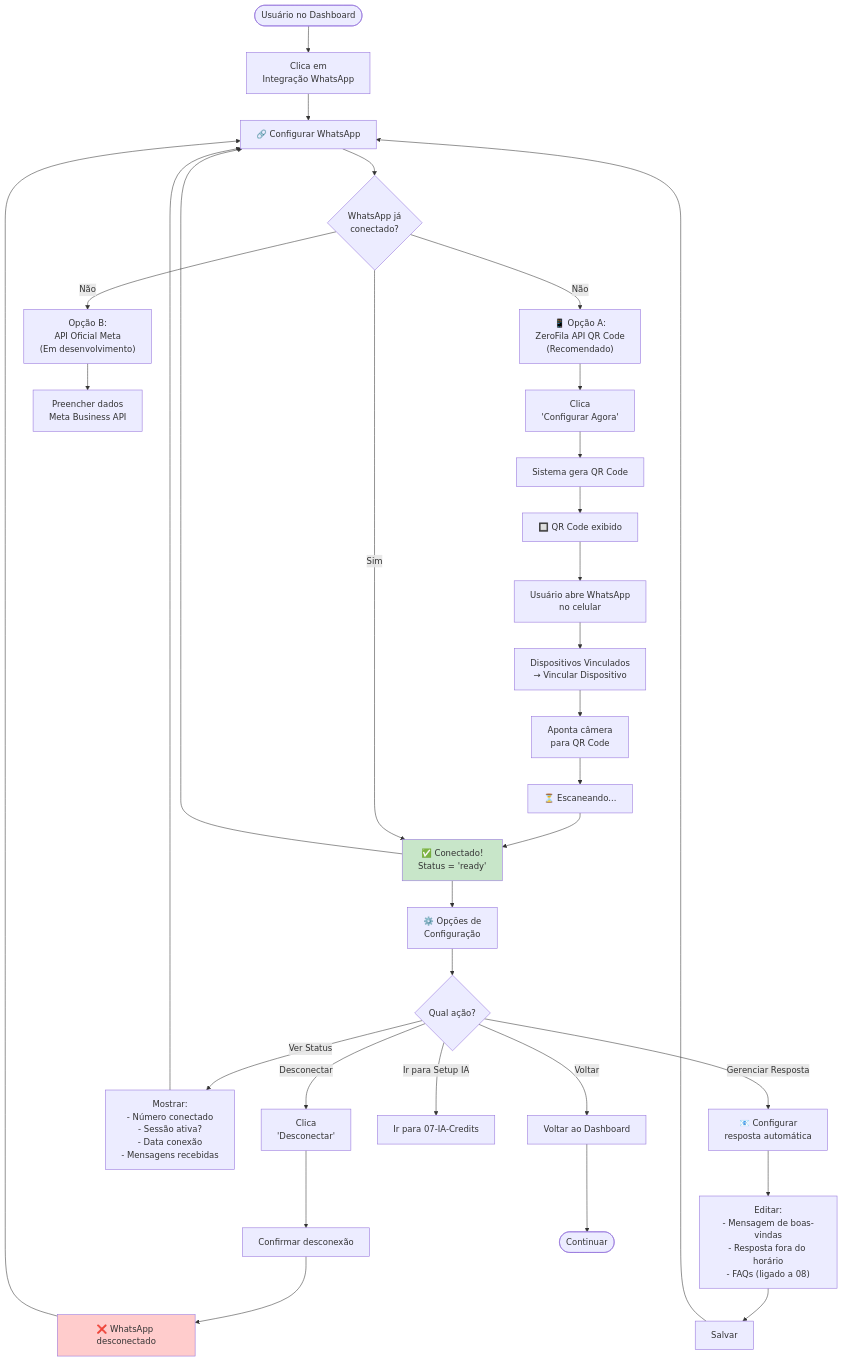
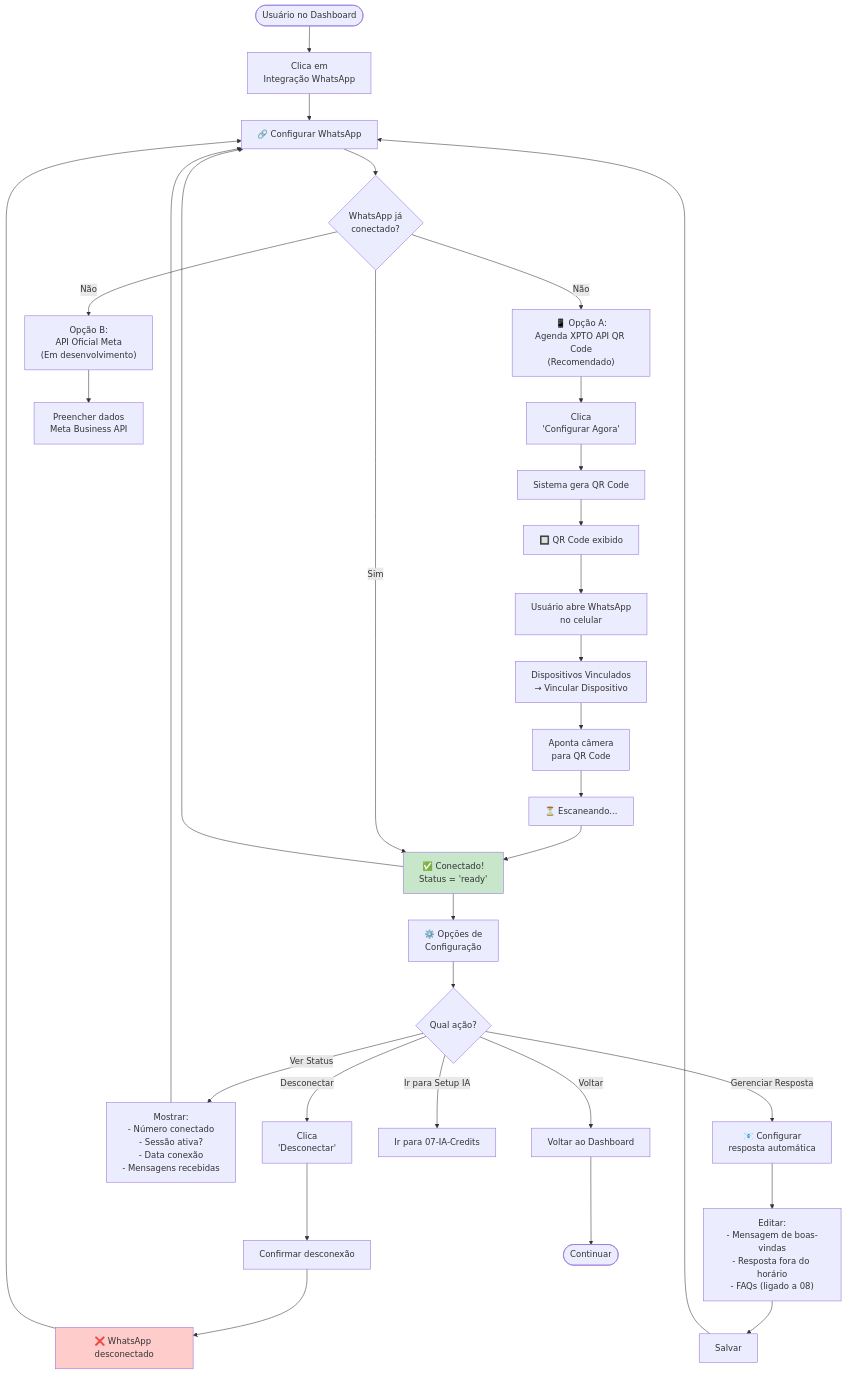
The diagram in docs/_roadmap/whatsapp-integration/diagrams/user-flow/flow.md (rspindola/agenda-xpto), drawn with Mermaid before and after one commit. The commit also changed other lines of this file and 60 other files, not shown here.

````diff
--- a/docs/_roadmap/whatsapp-integration/diagrams/user-flow/flow.md
+++ b/docs/_roadmap/whatsapp-integration/diagrams/user-flow/flow.md
@@ -3,48 +3,48 @@
 ```mermaid
 flowchart TD
     Start([Usuário no Dashboard]) --> Nav["Clica em<br/>Integração WhatsApp"]
     
     Nav --> IntegrationPage["🔗 Configurar WhatsApp"]
     
     IntegrationPage --> CheckStatus{WhatsApp já<br/>conectado?}
     
-    CheckStatus -->|Não| OptionA["📱 Opção A:<br/>ZeroFila API QR Code<br/>(Recomendado)"]
+    CheckStatus -->|Não| OptionA["📱 Opção A:<br/>Agenda XPTO API QR Code<br/>(Recomendado)"]
     OptionA --> QRSetup["Clica<br/>'Configurar Agora'"]
     QRSetup --> GenerateQR["Sistema gera QR Code"]
     GenerateQR --> DisplayQR["🔲 QR Code exibido"]
     DisplayQR --> UserAction["Usuário abre WhatsApp<br/>no celular"]
     UserAction --> ScanQR["Dispositivos Vinculados<br/>→ Vincular Dispositivo"]
     ScanQR --> CameraOpen["Aponta câmera<br/>para QR Code"]
     CameraOpen --> Scanning["⏳ Escaneando..."]
     Scanning --> Connected["✅ Conectado!<br/>Status = 'ready'"]
     Connected --> IntegrationPage
     
     CheckStatus -->|Não| OptionB["Opção B:<br/>API Oficial Meta<br/>(Em desenvolvimento)"]
     OptionB --> MetaSetup["Preencher dados<br/>Meta Business API"]
     
     CheckStatus -->|Sim| Connected
     
     Connected --> ConfigOptions["⚙️ Opções de<br/>Configuração"]
     ConfigOptions --> ActionChoice{Qual ação?}
     
     ActionChoice -->|Desconectar| Disconnect["Clica<br/>'Desconectar'"]
     Disconnect --> ConfirmDisconnect["Confirmar desconexão"]
     ConfirmDisconnect --> Disconnected["❌ WhatsApp desconectado"]
     Disconnected --> IntegrationPage
     
     ActionChoice -->|Ver Status| ShowStatus["Mostrar:<br/>- Número conectado<br/>- Sessão ativa?<br/>- Data conexão<br/>- Mensagens recebidas"]
     ShowStatus --> IntegrationPage
     
     ActionChoice -->|Gerenciar Resposta| ManageReply["📧 Configurar<br/>resposta automática"]
     ManageReply --> ReplyForm["Editar:<br/>- Mensagem de boas-vindas<br/>- Resposta fora do horário<br/>- FAQs (ligado a 08)"]
     ReplyForm --> SaveReply["Salvar"]
     SaveReply --> IntegrationPage
     
     ActionChoice -->|Ir para Setup IA| GoToIA["Ir para 07-IA-Credits"]
     
     ActionChoice -->|Voltar| Back["Voltar ao Dashboard"]
     Back --> End([Continuar])
     
     style Connected fill:#c8e6c9
     style Disconnected fill:#ffcccc
 ```
````
